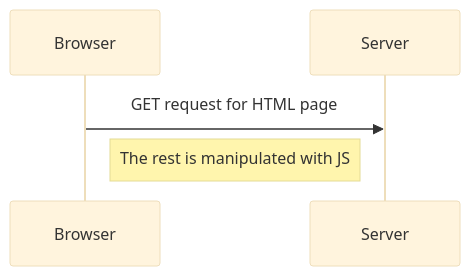
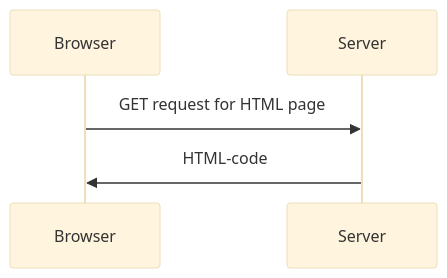
Before and after one commit to CarnevaleMNO/fullstackopen: the diagram in part0/part0-5.md, drawn with Mermaid (base theme).

Commit message:
Update part0-5.md
add second sequence

````diff
--- a/part0/part0-5.md
+++ b/part0/part0-5.md
@@ -3,10 +3,10 @@
 ```mermaid
 sequenceDiagram;
 participant Browser
 participant Server
 
 Browser ->> Server: GET request for HTML page
-note right of Browser: The rest is manipulated with JS
+Server ->> Browser: HTML-code
 
 
 ```
````
